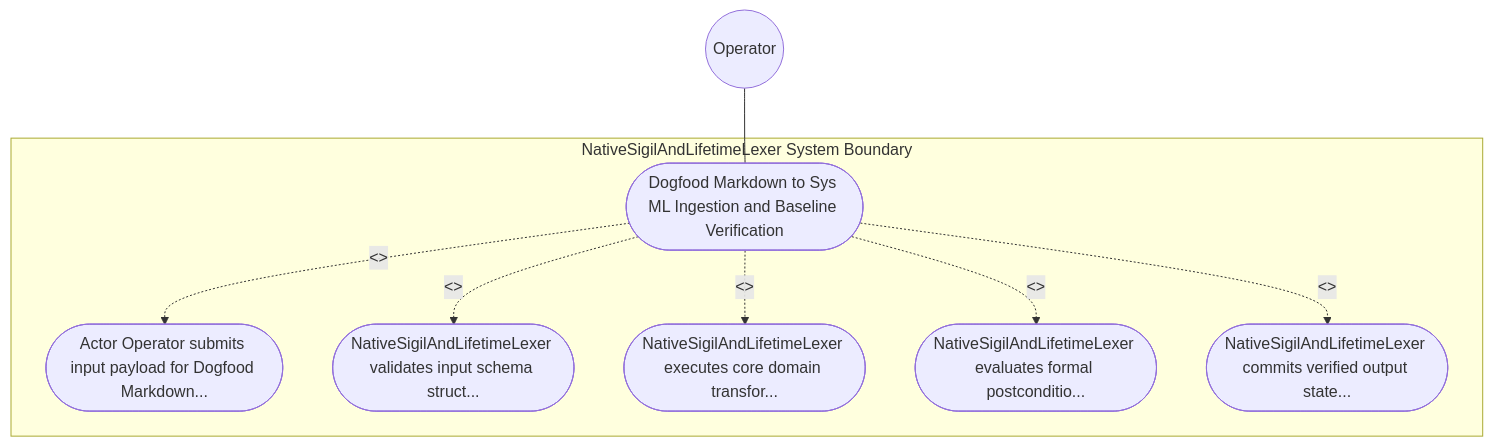
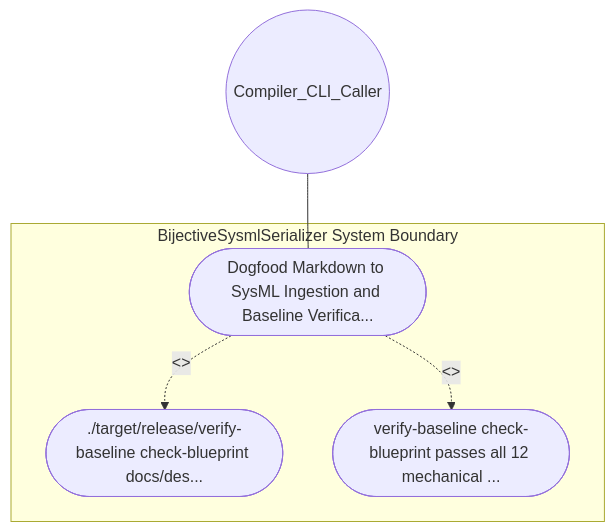
The diagram in .pipeline/upstream/docs/use-cases/UC-15-Dogfood_Markdown_to_SysML_Ingestion_and_Baseline_Verification.md (gintatkinson/DEAP01-spec-core), drawn with Mermaid before and after one commit. The commit also changed other lines of this file and 213 other files, not shown here.

Commit message:
fix(upstream): regenerate blueprint sidecars, upstream dogfood specs, and GitHub backlog (refs #691, #692, #693, #694, #695, #696, #697, #698, #699)

````diff
--- a/.pipeline/upstream/docs/use-cases/UC-15-Dogfood_Markdown_to_SysML_Ingestion_and_Baseline_Verification.md
+++ b/.pipeline/upstream/docs/use-cases/UC-15-Dogfood_Markdown_to_SysML_Ingestion_and_Baseline_Verification.md
@@ -16,17 +16,11 @@
 ```mermaid
 graph TD
-    subgraph "NativeSigilAndLifetimeLexer System Boundary"
-        UC_Main(["Dogfood Markdown to Sys ML Ingestion and Baseline Verification"])
-        UC_Step01(["Actor Operator submits input payload for Dogfood Markdown..."])
-        UC_Step02(["NativeSigilAndLifetimeLexer validates input schema struct..."])
-        UC_Step03(["NativeSigilAndLifetimeLexer executes core domain transfor..."])
-        UC_Step04(["NativeSigilAndLifetimeLexer evaluates formal postconditio..."])
-        UC_Step05(["NativeSigilAndLifetimeLexer commits verified output state..."])
+    subgraph "BijectiveSysmlSerializer System Boundary"
+        UC_Main(["Dogfood Markdown to SysML Ingestion and Baseline Verifica..."])
+        UC_Step01(["./target/release/verify-baseline check-blueprint docs/des..."])
+        UC_Step02(["verify-baseline check-blueprint passes all 12 mechanical ..."])
     end
-    Operator(("Operator")) --- UC_Main
+    Compiler_CLI_Caller(("Compiler_CLI_Caller")) --- UC_Main
     UC_Main -. "<<include>>" .-> UC_Step01
     UC_Main -. "<<include>>" .-> UC_Step02
-    UC_Main -. "<<include>>" .-> UC_Step03
-    UC_Main -. "<<include>>" .-> UC_Step04
-    UC_Main -. "<<include>>" .-> UC_Step05
 ```
````
